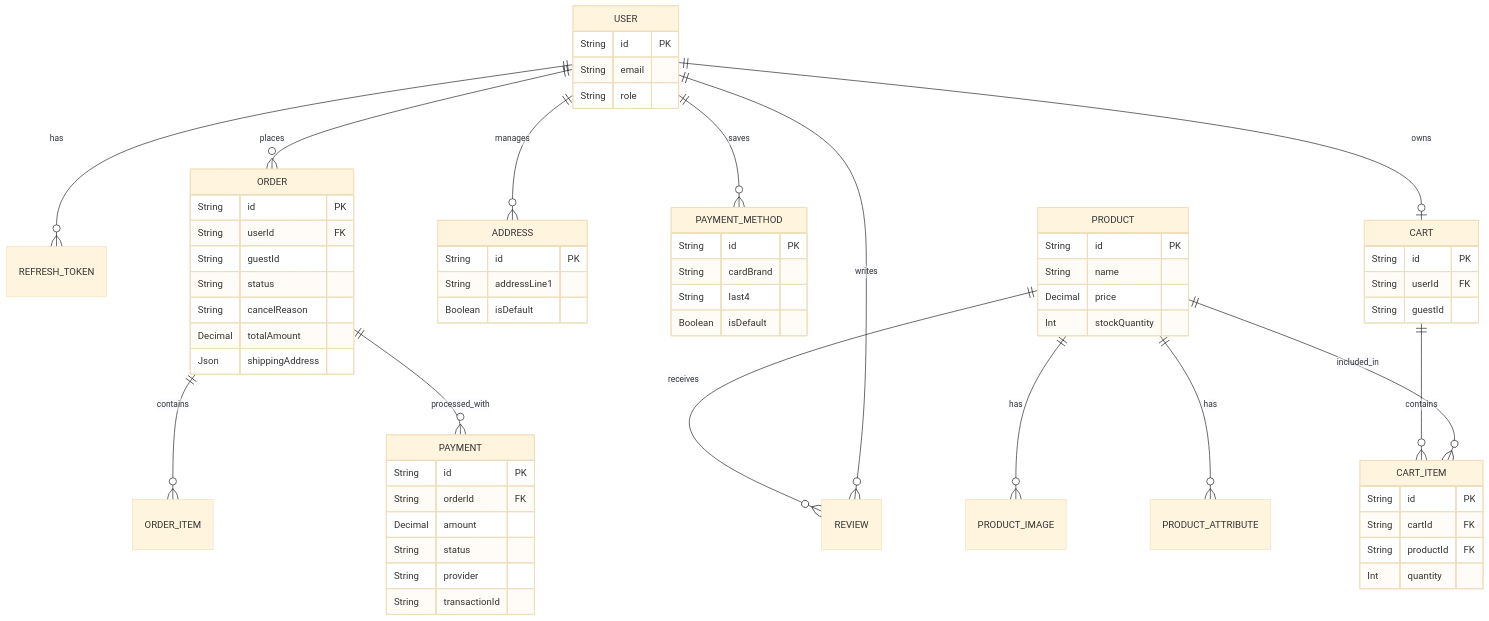
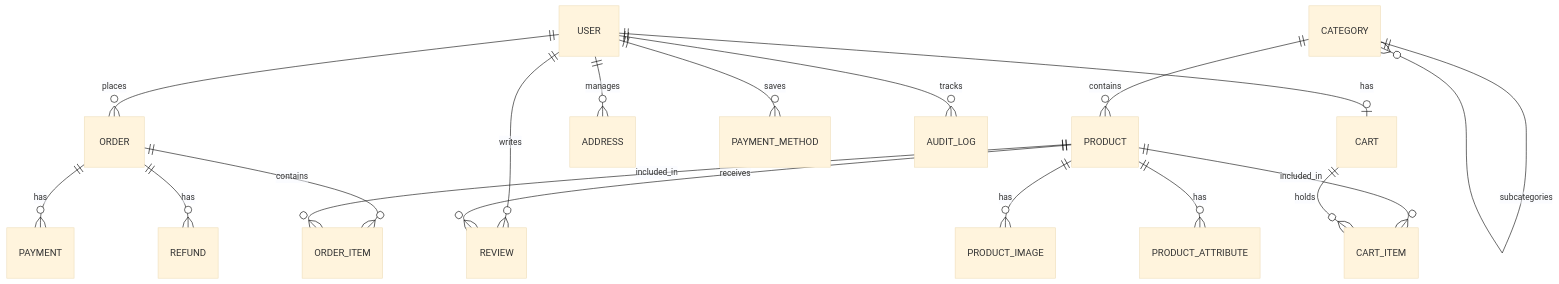
Before and after one commit to saliya1000/e-commerce: the diagram in README.md, drawn with Mermaid (base theme). The commit also changed other lines of this file and 55 other files, not shown here.

````diff
--- a/README.md
+++ b/README.md
@@ -90,73 +16,20 @@
 ```mermaid
 erDiagram
-    USER ||--o{ REFRESH_TOKEN : has
+    USER ||--o{ ORDER : places
     USER ||--o{ REVIEW : writes
-    USER ||--o{ ORDER : places
+    USER ||--o| CART : has
     USER ||--o{ ADDRESS : manages
     USER ||--o{ PAYMENT_METHOD : saves
-    USER ||--o| CART : owns
-    USER {
-        String id PK
-        String email
-        String role
-    }
-
+    USER ||--o{ AUDIT_LOG : tracks
+    CATEGORY ||--o{ PRODUCT : contains
+    CATEGORY ||--o{ CATEGORY : subcategories
     PRODUCT ||--o{ PRODUCT_IMAGE : has
     PRODUCT ||--o{ PRODUCT_ATTRIBUTE : has
     PRODUCT ||--o{ REVIEW : receives
     PRODUCT ||--o{ CART_ITEM : included_in
-    PRODUCT {
-        String id PK
-        String name
-        Decimal price
-        Int stockQuantity
-    }
-
-    CART ||--o{ CART_ITEM : contains
-    CART {
-        String id PK
-        String userId FK
-        String guestId
-    }
-
-    CART_ITEM {
-        String id PK
-        String cartId FK
-        String productId FK
-        Int quantity
-    }
-
+    CART ||--o{ CART_ITEM : holds
     ORDER ||--o{ ORDER_ITEM : contains
-    ORDER ||--o{ PAYMENT : processed_with
-    ORDER {
-        String id PK
-        String userId FK
-        String guestId
-        String status
-        String cancelReason
-        Decimal totalAmount
-        Json shippingAddress
-    }
-    
-    PAYMENT {
-        String id PK
-        String orderId FK
-        Decimal amount
-        String status
-        String provider
-        String transactionId
-    }
-    
-    ADDRESS {
-        String id PK
-        String addressLine1
-        Boolean isDefault
-    }
-    
-    PAYMENT_METHOD {
-        String id PK
-        String cardBrand
-        String last4
-        Boolean isDefault
-    }
+    ORDER ||--o{ PAYMENT : has
+    ORDER ||--o{ REFUND : has
+    PRODUCT ||--o{ ORDER_ITEM : included_in
 ```
````
